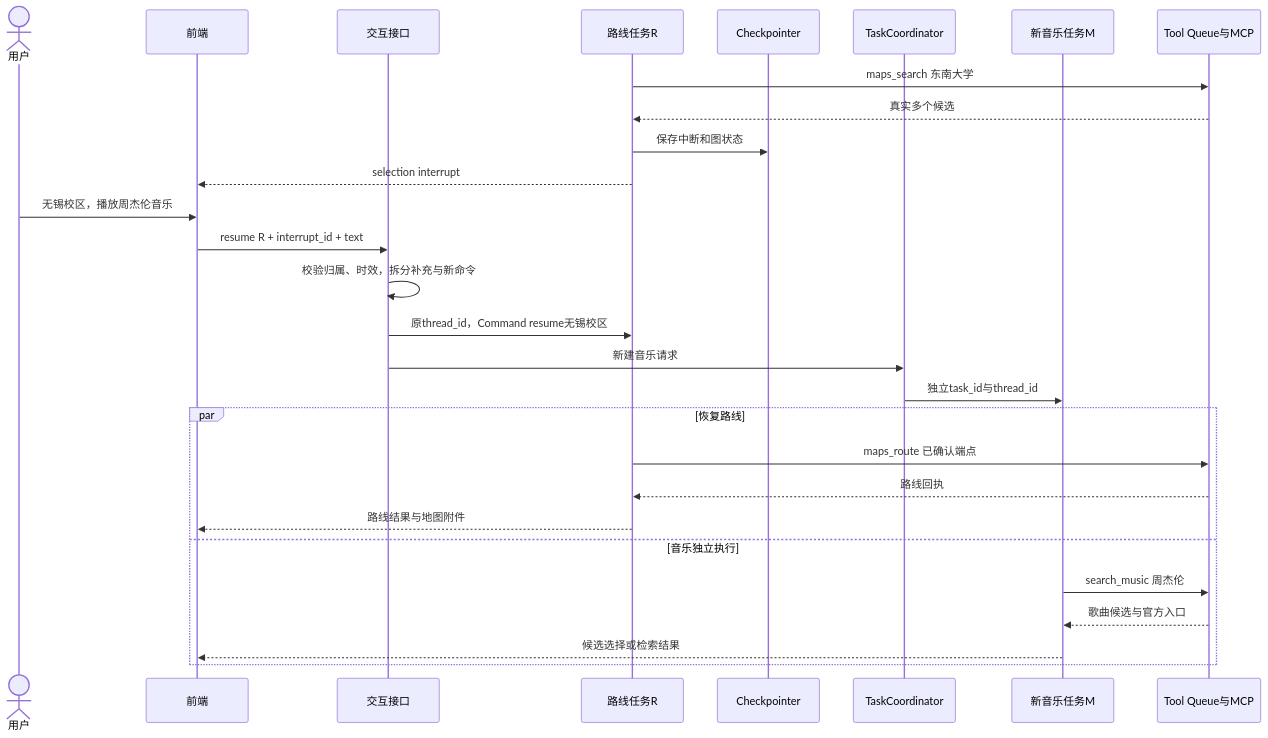
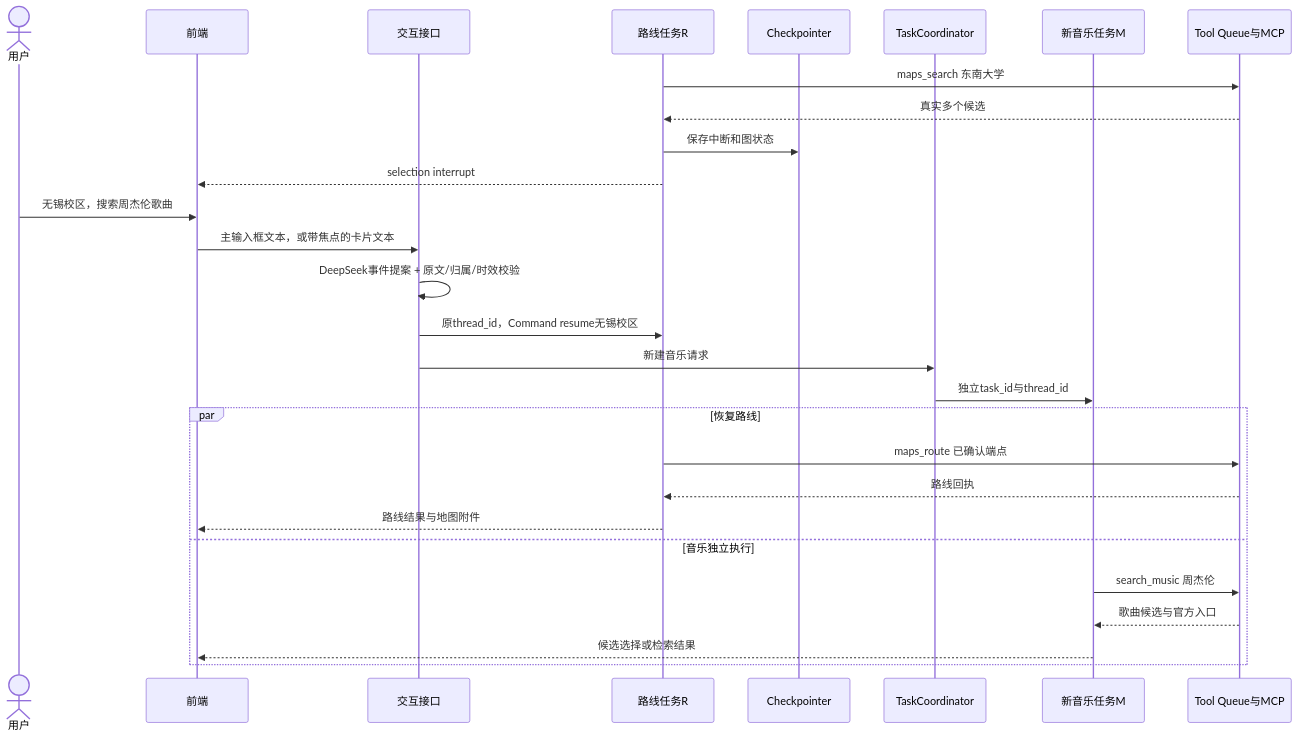
One commit to 0FreyaS/LifePlus-Agent-Harness changed the seventh of 8 diagrams in docs/LifePlus-Agent-Harness-架构执行与面试指南.md. Above: the diagram before and after it, drawn with Mermaid. The commit also changed other lines of this file and 1 other file, not shown here.

````diff
--- a/docs/LifePlus-Agent-Harness-架构执行与面试指南.md
+++ b/docs/LifePlus-Agent-Harness-架构执行与面试指南.md
@@ -1195,30 +1303,30 @@
 ```mermaid
 sequenceDiagram
     actor U as 用户
     participant UI as 前端
     participant API as 交互接口
     participant R as 路线任务R
     participant CP as Checkpointer
     participant CO as TaskCoordinator
     participant M as 新音乐任务M
     participant T as Tool Queue与MCP
     R->>T: maps_search 东南大学
     T-->>R: 真实多个候选
     R->>CP: 保存中断和图状态
     R-->>UI: selection interrupt
-    U->>UI: 无锡校区，播放周杰伦音乐
-    UI->>API: resume R + interrupt_id + text
-    API->>API: 校验归属、时效，拆分补充与新命令
+    U->>UI: 无锡校区，搜索周杰伦歌曲
+    UI->>API: 主输入框文本，或带焦点的卡片文本
+    API->>API: DeepSeek事件提案 + 原文/归属/时效校验
     API->>R: 原thread_id，Command resume无锡校区
     API->>CO: 新建音乐请求
     CO->>M: 独立task_id与thread_id
     par 恢复路线
         R->>T: maps_route 已确认端点
         T-->>R: 路线回执
         R-->>UI: 路线结果与地图附件
     and 音乐独立执行
         M->>T: search_music 周杰伦
         T-->>M: 歌曲候选与官方入口
         M-->>UI: 候选选择或检索结果
     end
 ```
````
